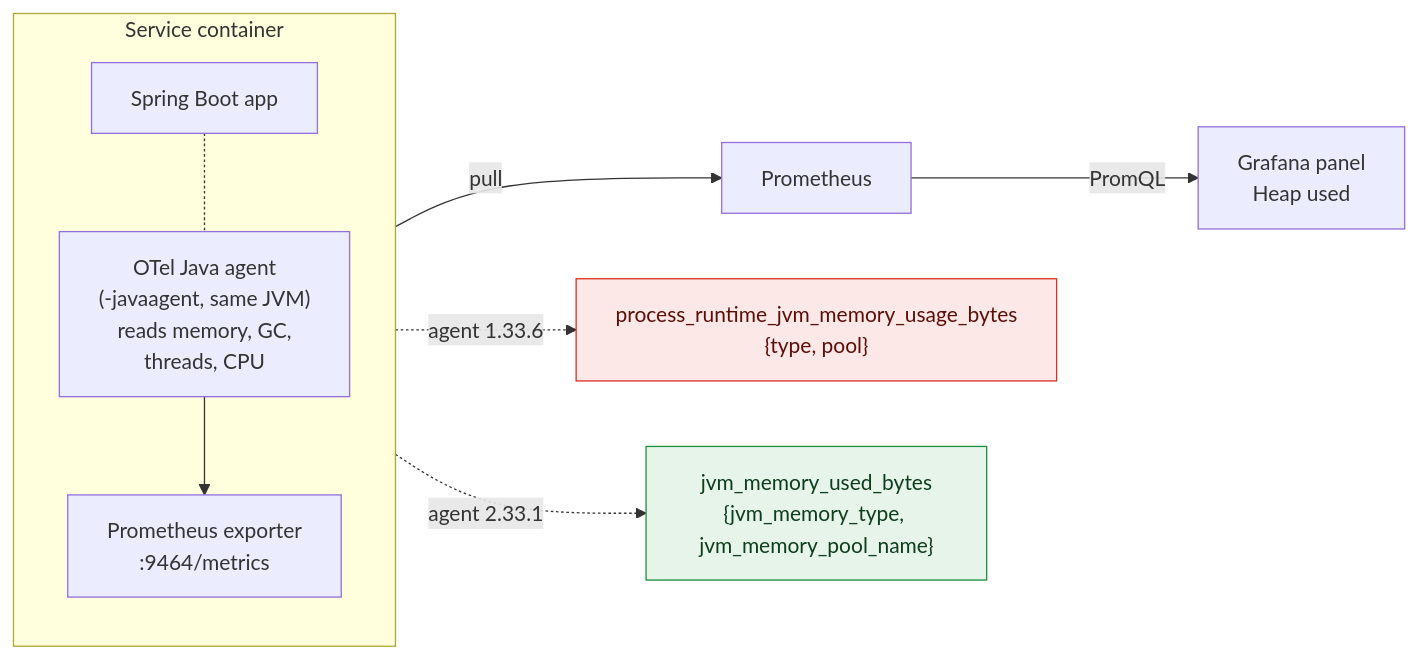
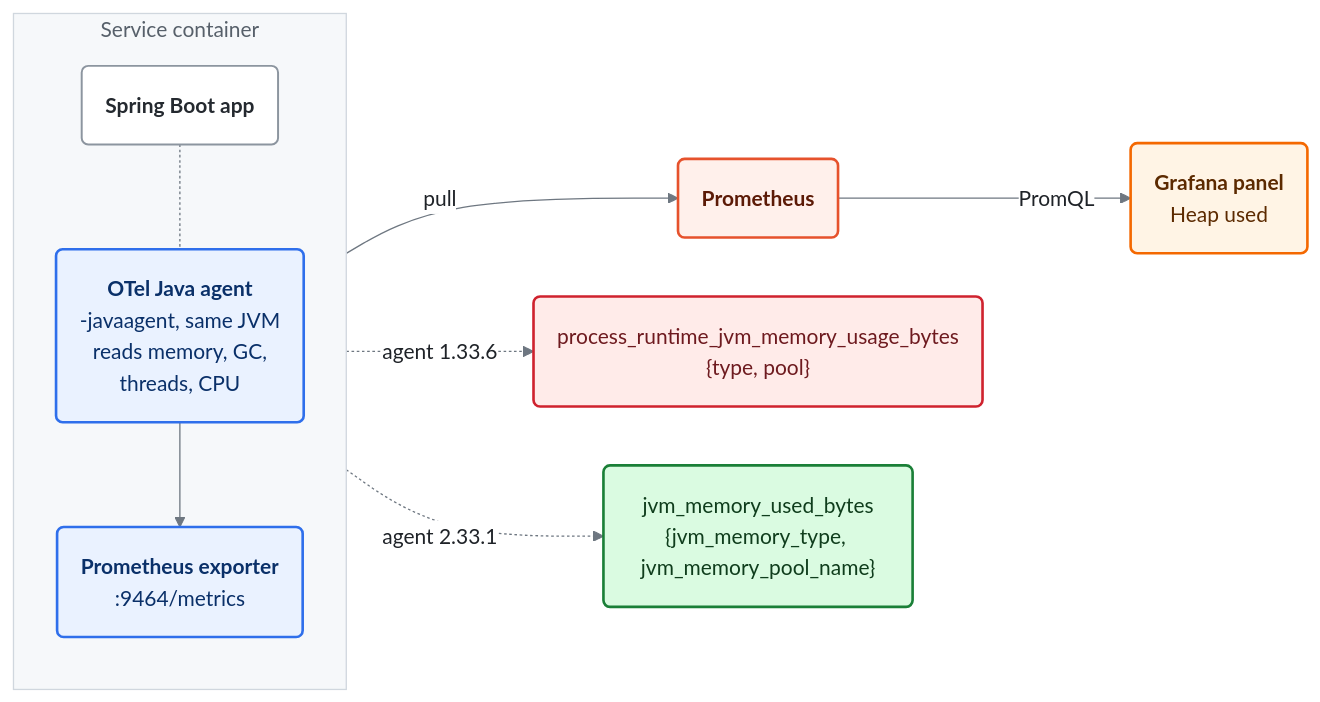
Before and after one commit to imenbkr/demo-otel-jvm-schema-drift: the second of 7 diagrams in README.md, drawn with Mermaid. The commit also changed other lines of this file and 21 other files, not shown here.

Commit message:
Add deploy markers, restyle diagrams, refresh dashboard screenshots

````diff
--- a/README.md
+++ b/README.md
@@ -58,19 +61,26 @@
 ```mermaid
+%%{init: {"theme": "base", "themeVariables": {"fontFamily": "Arial, Helvetica, sans-serif", "fontSize": "16px", "primaryColor": "#ffffff", "primaryBorderColor": "#8c959f", "primaryTextColor": "#1f2328", "lineColor": "#6e7781", "clusterBkg": "#f6f8fa", "clusterBorder": "#d0d7de", "edgeLabelBackground": "#ffffff", "titleColor": "#57606a"}, "flowchart": {"curve": "basis", "nodeSpacing": 45, "rankSpacing": 55, "padding": 18}}}%%
 flowchart LR
   subgraph jvm["Service container"]
     direction TB
-    code["Spring Boot app"]
-    agent["OTel Java agent<br/>(-javaagent, same JVM)<br/>reads memory, GC,<br/>threads, CPU"]
-    exp["Prometheus exporter<br/>:9464/metrics"]
+    code("<b>Spring Boot app</b>"):::infra
+    agent("<b>OTel Java agent</b><br/>-javaagent, same JVM<br/>reads memory, GC,<br/>threads, CPU"):::jvm
+    exp("<b>Prometheus exporter</b><br/>:9464/metrics"):::jvm
     code -.- agent
     agent --> exp
   end
-  exp -->|pull| prom["Prometheus"]
-  prom -->|PromQL| graf["Grafana panel<br/>Heap used"]
+  exp -->|pull| prom("<b>Prometheus</b>"):::prom
+  prom -->|PromQL| graf("<b>Grafana panel</b><br/>Heap used"):::graf
 
-  exp -.->|"agent 1.33.6"| v1["process_runtime_jvm_memory_usage_bytes<br/>{type, pool}"]:::old
-  exp -.->|"agent 2.33.1"| v2["jvm_memory_used_bytes<br/>{jvm_memory_type, jvm_memory_pool_name}"]:::new
+  exp -.->|"agent 1.33.6"| v1("process_runtime_jvm_memory_usage_bytes<br/>{type, pool}"):::bad
+  exp -.->|"agent 2.33.1"| v2("jvm_memory_used_bytes<br/>{jvm_memory_type, jvm_memory_pool_name}"):::ok
 
-  classDef old fill:#fce8e6,stroke:#d93025,color:#5b0f0a
-  classDef new fill:#e6f4ea,stroke:#1e8e3e,color:#0d3d1b
+  classDef jvm fill:#eaf2ff,stroke:#2f6feb,stroke-width:2px,color:#0a3069
+  classDef prom fill:#fff0eb,stroke:#e6522c,stroke-width:2px,color:#5c1a06
+  classDef graf fill:#fff4e5,stroke:#f46800,stroke-width:2px,color:#5c2a00
+  classDef infra fill:#ffffff,stroke:#8c959f,stroke-width:1.5px,color:#24292f
+  classDef gate fill:#f3eeff,stroke:#8250df,stroke-width:2px,color:#3e1f79
+  classDef ok fill:#dafbe1,stroke:#1a7f37,stroke-width:2px,color:#0f3d1c
+  classDef bad fill:#ffebe9,stroke:#cf222e,stroke-width:2px,color:#6e1a1f
+  classDef warn fill:#fff8c5,stroke:#bf8700,stroke-width:2px,color:#4d2d00
 ```
````
